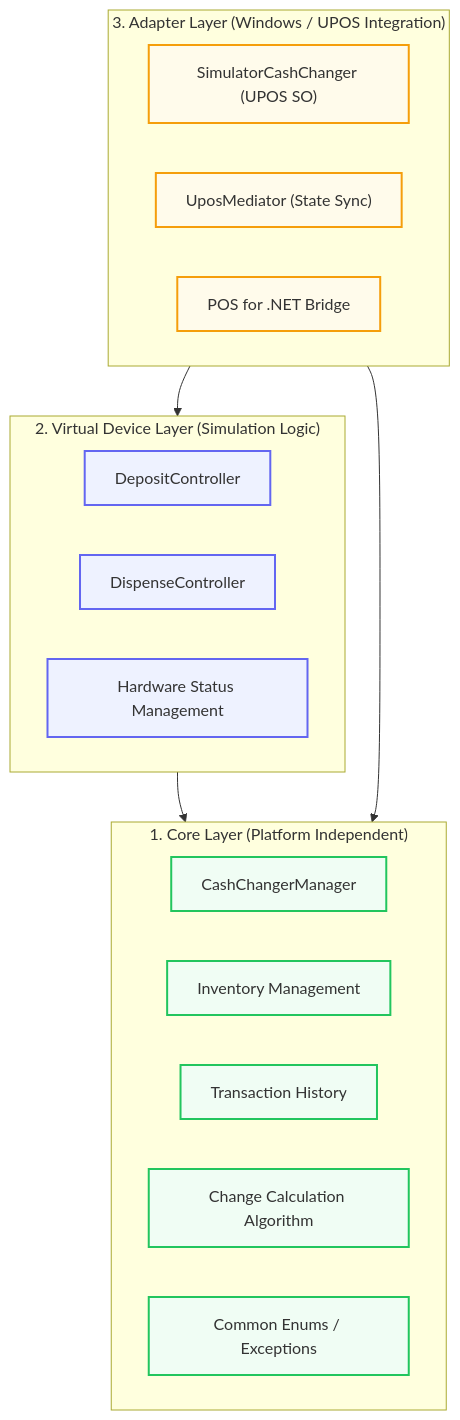
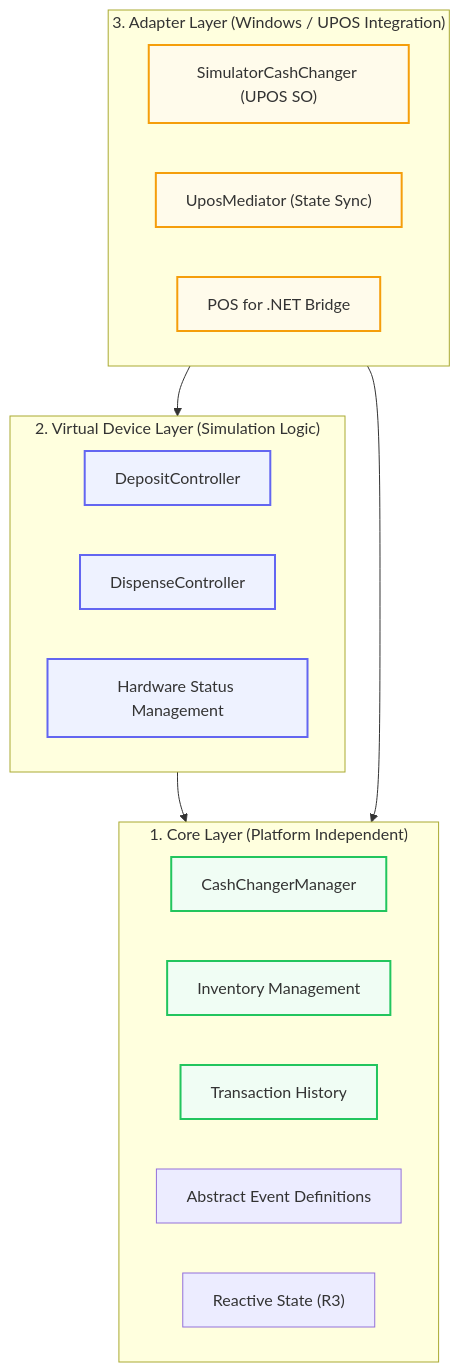
The diagram in docs/Architecture.md (w-red/CashChangerSimulator.Core), drawn with Mermaid before and after one commit. The commit also changed other lines of this file and 1 other file, not shown here.

Commit message:
docs: update architecture overview for R3 and event abstraction

````diff
--- a/docs/Architecture.md
+++ b/docs/Architecture.md
@@ -9,38 +9,38 @@
 ```mermaid
 graph TD
     %% Define Styles
     classDef coreLayer fill:#f0fdf4,stroke:#22c55e,stroke-width:2px;
     classDef virtualLayer fill:#eef2ff,stroke:#6366f1,stroke-width:2px;
     classDef adapterLayer fill:#fffbeb,stroke:#f59e0b,stroke-width:2px;
     
     %% Core Layer (CashChangerSimulator.Core)
     subgraph Core ["1. Core Layer (Platform Independent)"]
         Manager["CashChangerManager"]
         Inventory["Inventory Management"]
         History["Transaction History"]
-        Calc["Change Calculation Algorithm"]
-        DeviceEnums["Common Enums / Exceptions"]
+        DeviceEvents["Abstract Event Definitions"]
+        ReactiveState["Reactive State (R3)"]
     end
     class Manager,Inventory,History,Calc,DeviceEnums coreLayer
 
     %% Virtual Device Layer (Device.Virtual)
     subgraph Virtual ["2. Virtual Device Layer (Simulation Logic)"]
         DepositController["DepositController"]
         DispenseController["DispenseController"]
         HardwareStatus["Hardware Status Management"]
     end
     class DepositController,DispenseController,HardwareStatus virtualLayer
 
     %% Adapter Layer (Device.PosForDotNet)
     subgraph Adapter ["3. Adapter Layer (Windows / UPOS Integration)"]
         SO["SimulatorCashChanger (UPOS SO)"]
         Mediator["UposMediator (State Sync)"]
         PosAdapter["POS for .NET Bridge"]
     end
     class SO,Mediator,PosAdapter adapterLayer
 
     %% Relationships
     Virtual --> Core
     Adapter --> Virtual
     Adapter --> Core
 ```
````
